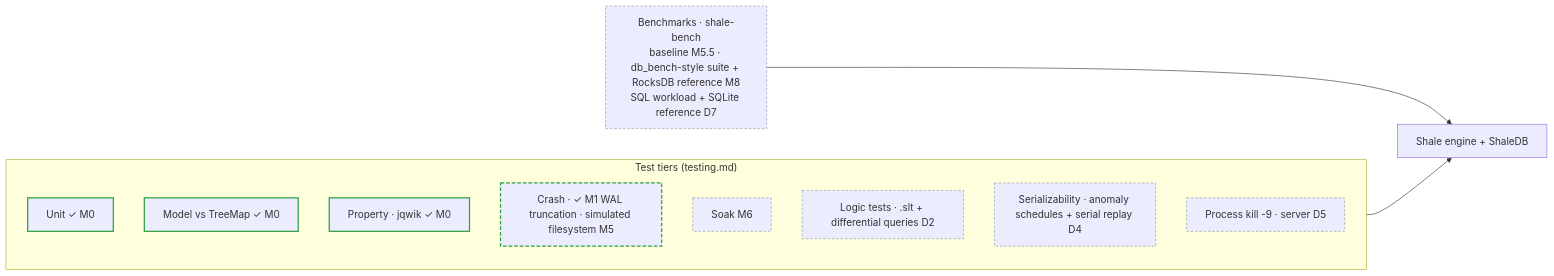
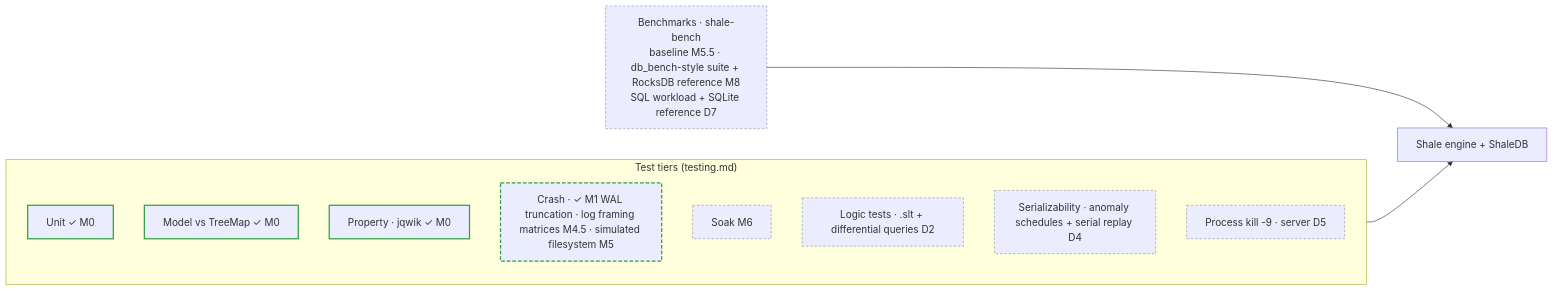
Before and after one commit to rahul-j0shi/shale: the fourth of 4 diagrams in documentation/architecture/project-scope.md, drawn with Mermaid. The commit also changed other lines of this file and 27 other files, not shown here.

````diff
--- a/documentation/architecture/project-scope.md
+++ b/documentation/architecture/project-scope.md
@@ -172,21 +172,21 @@
 ```mermaid
 flowchart LR
   subgraph tiers["Test tiers (testing.md)"]
     unit["Unit ✓ M0"]:::done
     modelt["Model vs TreeMap ✓ M0"]:::done
     prop["Property · jqwik ✓ M0"]:::done
-    crash["Crash · ✓ M1 WAL truncation · simulated filesystem M5"]:::part
+    crash["Crash · ✓ M1 WAL truncation · log framing matrices M4.5 · simulated filesystem M5"]:::part
     soak["Soak M6"]:::plan
     logic["Logic tests · .slt + differential queries D2"]:::plan
     serial["Serializability · anomaly schedules + serial replay D4"]:::plan
     kill["Process kill -9 · server D5"]:::plan
   end
   bench["Benchmarks · shale-bench<br/>baseline M5.5 · db_bench-style suite + RocksDB reference M8<br/>SQL workload + SQLite reference D7"]:::plan
   target["Shale engine + ShaleDB"]
   tiers --> target
   bench --> target
 
   classDef done stroke:#2ea043,stroke-width:2px;
   classDef part stroke:#2ea043,stroke-width:2px,stroke-dasharray:6 3;
   classDef plan stroke:#8b949e,stroke-width:1px,stroke-dasharray:4 3;
 ```
````
